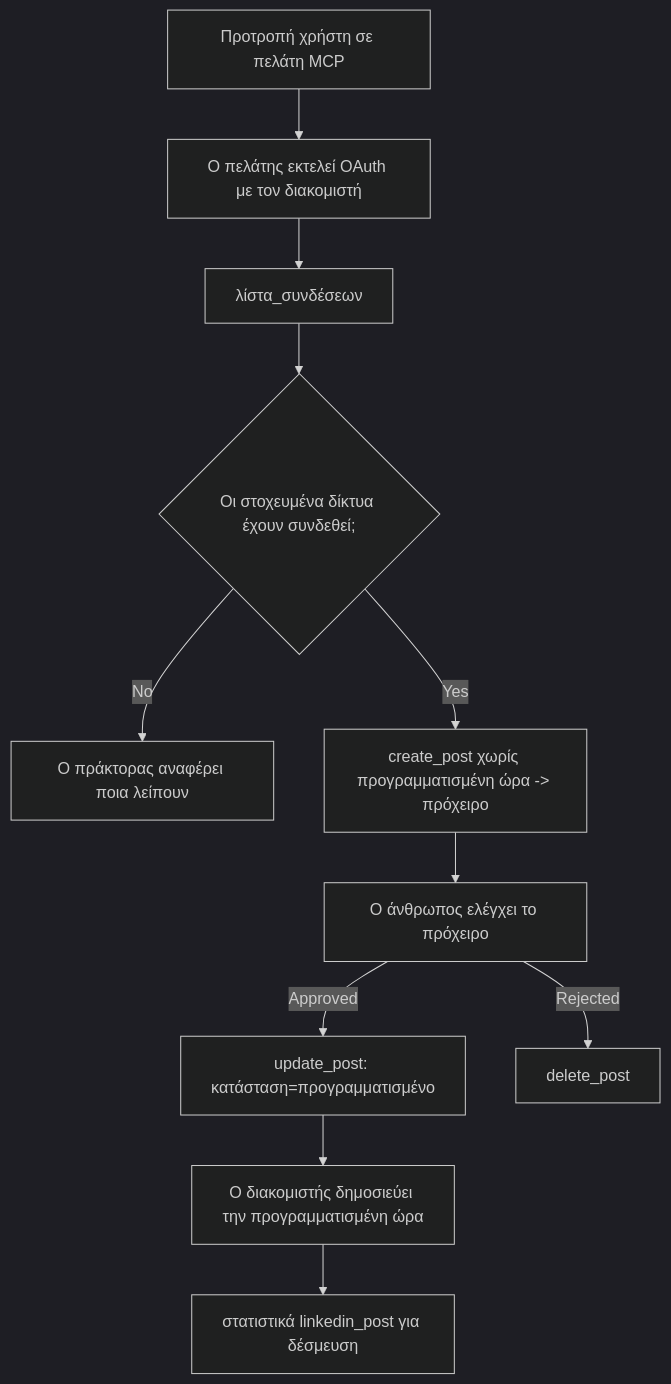
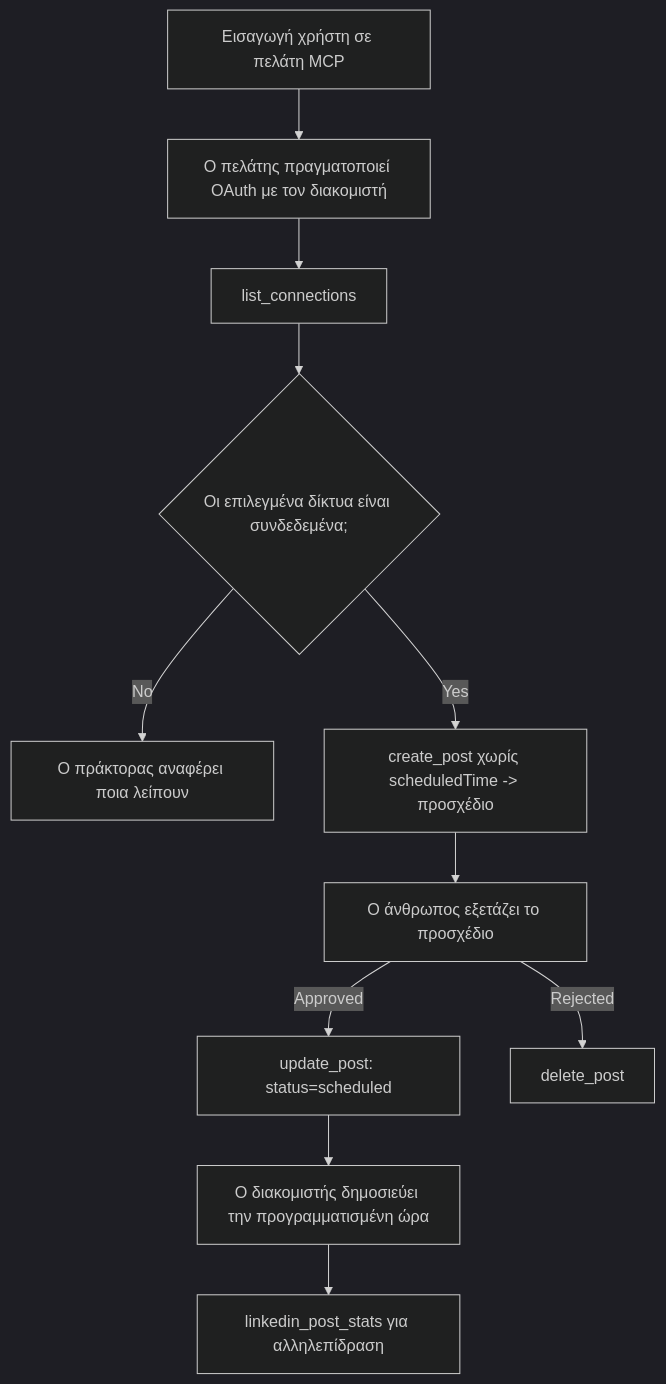
The diagram in translations/el/09-CaseStudy/publora-social-publishing.md (microsoft/mcp-for-beginners), drawn with Mermaid (dark theme) before and after one commit. The commit also changed other lines of this file and 148 other files, not shown here.

````diff
--- a/translations/el/09-CaseStudy/publora-social-publishing.md
+++ b/translations/el/09-CaseStudy/publora-social-publishing.md
@@ -47,13 +47,13 @@
 ```mermaid
 flowchart TD
-    A[Προτροπή χρήστη σε πελάτη MCP] --> B[Ο πελάτης εκτελεί OAuth με τον διακομιστή]
-    B --> C[λίστα_συνδέσεων]
-    C --> D{Οι στοχευμένα δίκτυα έχουν συνδεθεί;}
+    A[Εισαγωγή χρήστη σε πελάτη MCP] --> B[Ο πελάτης πραγματοποιεί OAuth με τον διακομιστή]
+    B --> C[list_connections]
+    C --> D{Οι επιλεγμένα δίκτυα είναι συνδεδεμένα;}
     D -- No --> E[Ο πράκτορας αναφέρει ποια λείπουν]
-    D -- Yes --> F[create_post χωρίς προγραμματισμένη ώρα -> πρόχειρο]
-    F --> G[Ο άνθρωπος ελέγχει το πρόχειρο]
-    G -- Approved --> H[update_post: κατάσταση=προγραμματισμένο]
+    D -- Yes --> F[create_post χωρίς scheduledTime -> προσχέδιο]
+    F --> G[Ο άνθρωπος εξετάζει το προσχέδιο]
+    G -- Approved --> H[update_post: status=scheduled]
     G -- Rejected --> I[delete_post]
     H --> J[Ο διακομιστής δημοσιεύει την προγραμματισμένη ώρα]
-    J --> K[στατιστικά linkedin_post για δέσμευση]
+    J --> K[linkedin_post_stats για αλληλεπίδραση]
 ```
````
